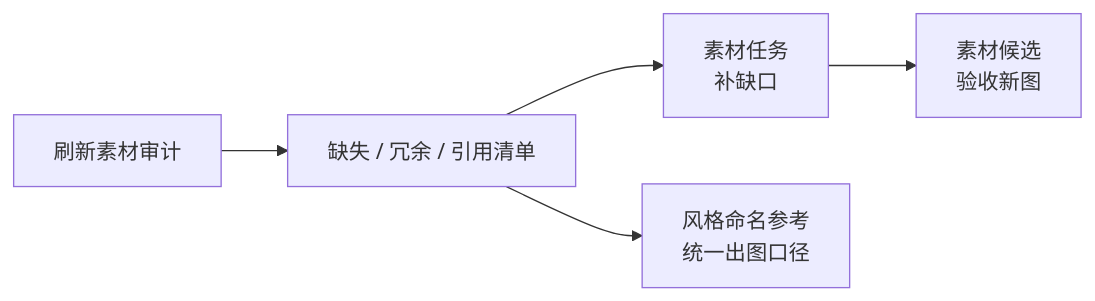
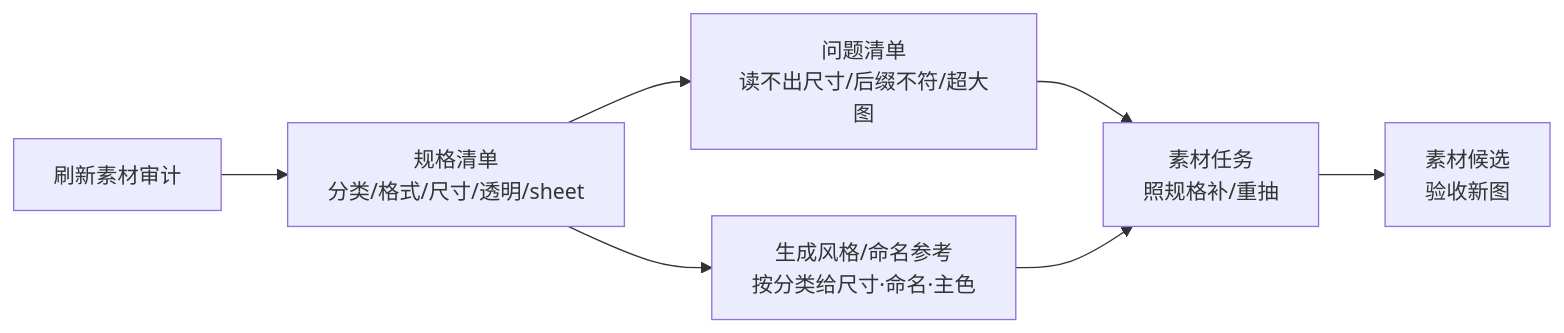
One commit to wubugui/GDoc changed the diagram in docs/editors/workbench/asset-audit.md. Above: the diagram before and after it, drawn with Mermaid. The commit also changed other lines of this file and 112 other files, not shown here.

````diff
--- a/docs/editors/workbench/asset-audit.md
+++ b/docs/editors/workbench/asset-audit.md
@@ -30,7 +46,9 @@
 ```mermaid
 flowchart LR
-    AUDIT[刷新素材审计] --> LIST[缺失 / 冗余 / 引用清单]
-    LIST --> TASK[素材任务<br/>补缺口]
-    LIST --> REF[风格命名参考<br/>统一出图口径]
+    AUDIT[刷新素材审计] --> LIST[规格清单<br/>分类/格式/尺寸/透明/sheet]
+    LIST --> PROBLEM[问题清单<br/>读不出尺寸/后缀不符/超大图]
+    LIST --> STYLE[生成风格/命名参考<br/>按分类给尺寸·命名·主色]
+    PROBLEM --> TASK[素材任务<br/>照规格补/重抽]
+    STYLE --> TASK
     TASK --> CAND[素材候选<br/>验收新图]
 ```
````
